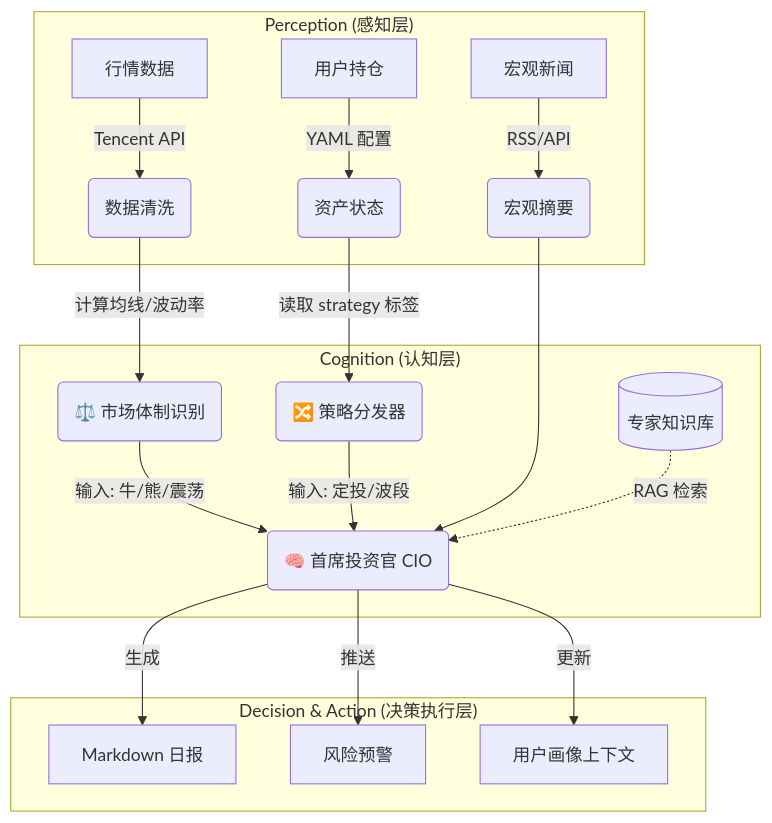
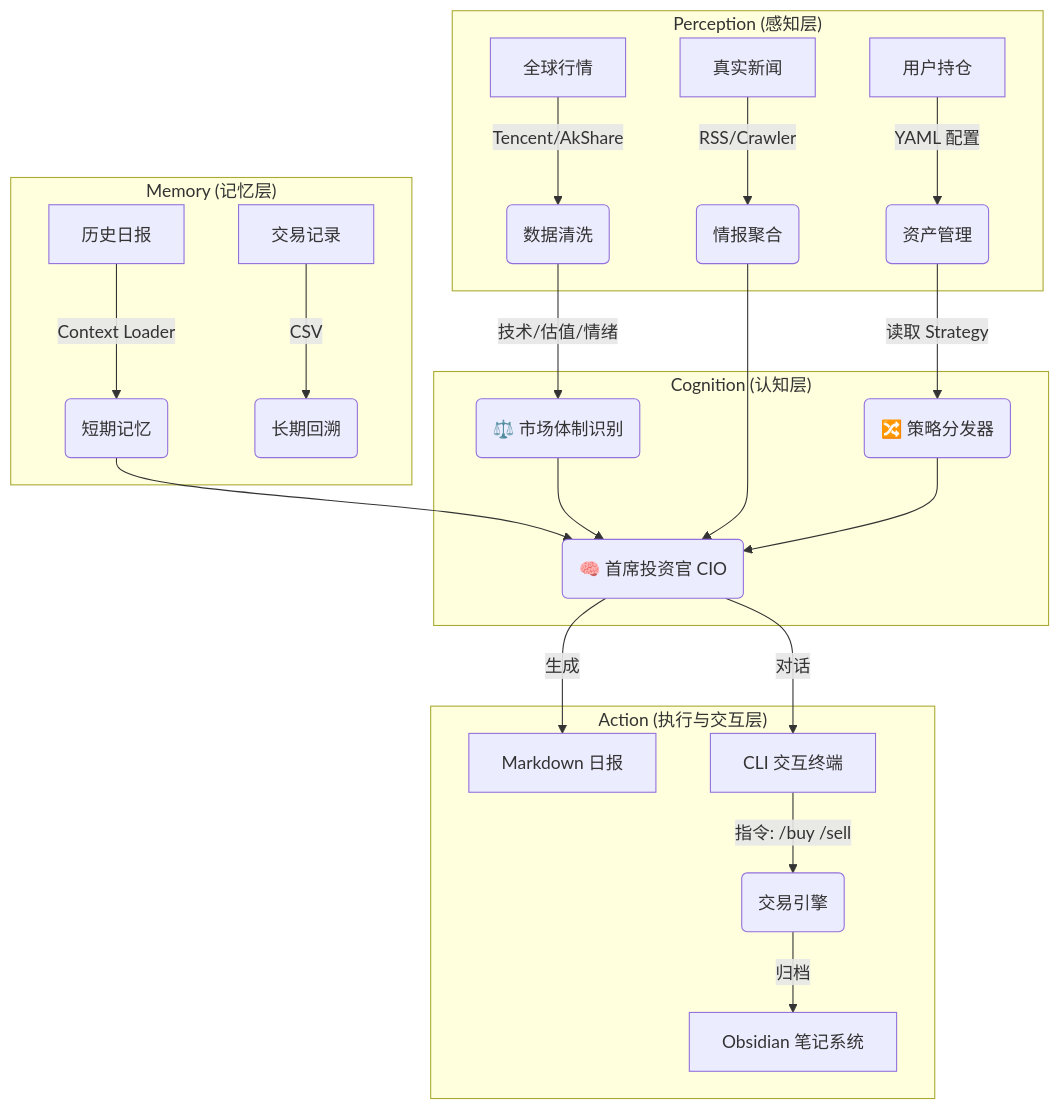
One commit to BillyDu-TJ/Agent-Investment-OS changed the diagram in README.md. Above: the diagram before and after it, drawn with Mermaid. The commit also changed other lines of this file, not shown here.

````diff
--- a/README.md
+++ b/README.md
@@ -13,25 +13,30 @@
 ```mermaid
 graph TD
     subgraph "Perception (感知层)"
-        Market[行情数据] -->|Tencent API| DataPipe(数据清洗)
-        News[宏观新闻] -->|RSS/API| MacroInfo(宏观摘要)
-        Portfolio[用户持仓] -->|YAML 配置| AssetState(资产状态)
+        Market[全球行情] -->|Tencent/AkShare| DataPipe(数据清洗)
+        News[真实新闻] -->|RSS/Crawler| InfoHub(情报聚合)
+        Portfolio[用户持仓] -->|YAML 配置| AssetMgr(资产管理)
+    end
+
+    subgraph "Memory (记忆层)"
+        History[历史日报] -->|Context Loader| ShortTermMem(短期记忆)
+        TradeLog[交易记录] -->|CSV| LongTermMem(长期回溯)
     end
 
     subgraph "Cognition (认知层)"
-        DataPipe -->|计算均线/波动率| RegimeDetector(⚖️ 市场体制识别)
-        AssetState -->|读取 strategy 标签| StrategyRouter(🔀 策略分发器)
+        DataPipe -->|技术/估值/情绪| RegimeDetector(⚖️ 市场体制识别)
+        AssetMgr -->|读取 Strategy| StrategyRouter(🔀 策略分发器)
         
-        RegimeDetector -->|输入: 牛/熊/震荡| Brain(🧠 首席投资官 CIO)
-        StrategyRouter -->|输入: 定投/波段| Brain
-        MacroInfo --> Brain
-        
-        KB[(专家知识库)] -.->|RAG 检索| Brain
+        RegimeDetector --> Brain(🧠 首席投资官 CIO)
+        StrategyRouter --> Brain
+        ShortTermMem --> Brain
+        InfoHub --> Brain
     end
 
-    subgraph "Decision & Action (决策执行层)"
+    subgraph "Action (执行与交互层)"
         Brain -->|生成| Report[Markdown 日报]
-        Brain -->|推送| Alert[风险预警]
-        Brain -->|更新| Context[用户画像上下文]
+        Brain -->|对话| Chat[CLI 交互终端]
+        Chat -->|指令: /buy /sell| Transaction(交易引擎)
+        Transaction -->|归档| Obsidian[Obsidian 笔记系统]
     end
 ```
````
